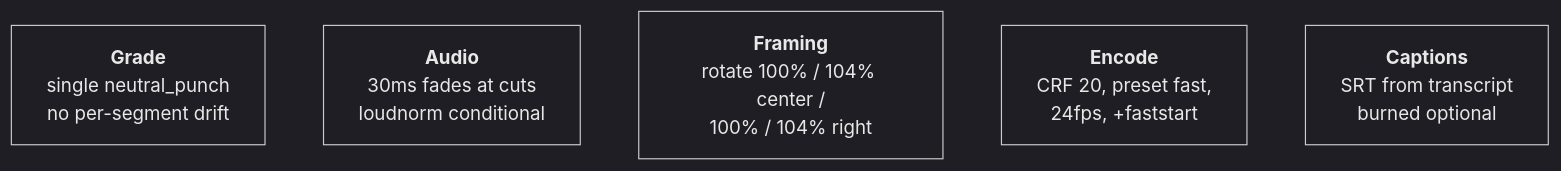
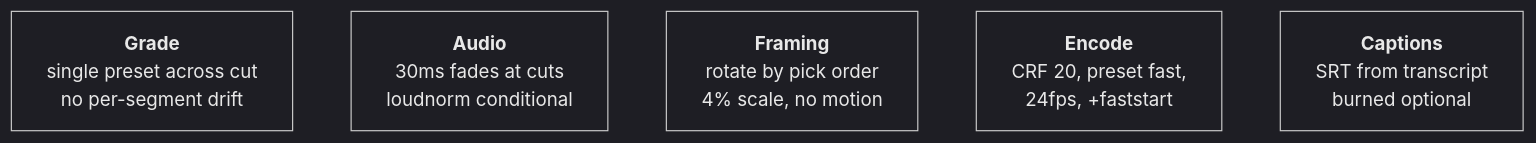
Before and after one commit to sellersessions/claude-video-editing-flow: the second of 2 diagrams in README.md, drawn with Mermaid. The commit also changed other lines of this file and 2 other files, not shown here.

First line of the commit message:
docs: README capability sweep + screen_punch grade preset

````diff
--- a/README.md
+++ b/README.md
@@ -177,16 +208,16 @@
 ```mermaid
 %%{init: {'theme': 'dark', 'themeVariables': {'nodeTextColor': '#e8e8e8', 'primaryTextColor': '#e8e8e8', 'secondaryTextColor': '#cccccc', 'tertiaryTextColor': '#cccccc', 'clusterBkg': 'transparent', 'clusterBorder': '#8b949e'}}}%%
 
 flowchart TD
-    GRADE["<b>Grade</b><br/>single neutral_punch<br/>no per-segment drift"]
+    GRADE["<b>Grade</b><br/>single preset across cut<br/>no per-segment drift"]
     AUDIO["<b>Audio</b><br/>30ms fades at cuts<br/>loudnorm conditional"]
-    FRAME["<b>Framing</b><br/>rotate 100% / 104% center /<br/>100% / 104% right"]
+    FRAME["<b>Framing</b><br/>rotate by pick order<br/>4% scale, no motion"]
     ENC["<b>Encode</b><br/>CRF 20, preset fast,<br/>24fps, +faststart"]
     CAP["<b>Captions</b><br/>SRT from transcript<br/>burned optional"]
 
     style GRADE fill:none,stroke-width:1px,color:#e8e8e8
     style AUDIO fill:none,stroke-width:1px,color:#e8e8e8
     style FRAME fill:none,stroke-width:1px,color:#e8e8e8
     style ENC fill:none,stroke-width:1px,color:#e8e8e8
     style CAP fill:none,stroke-width:1px,color:#e8e8e8
 ```
````
